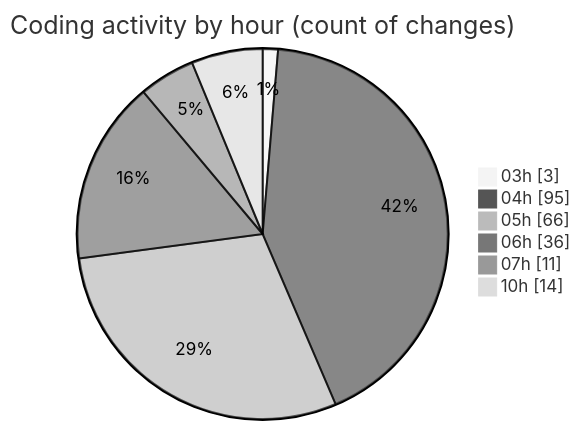
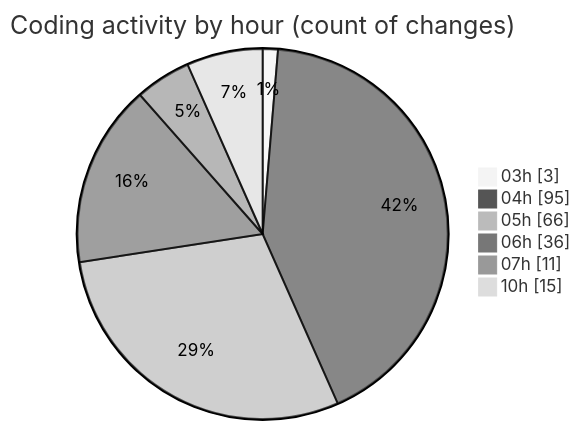
One commit to ernivani/code-tracking changed the second of 2 diagrams in 2025-01-03/tinycms/README.md. Above: the diagram before and after it, drawn with Mermaid (neutral theme). The commit also changed other lines of this file and 5 other files, not shown here.

````diff
--- a/2025-01-03/tinycms/README.md
+++ b/2025-01-03/tinycms/README.md
@@ -74,10 +74,10 @@
 ```mermaid
 pie showData
 title Coding activity by hour (count of changes)
 "03h" : 3
 "04h" : 95
 "05h" : 66
 "06h" : 36
 "07h" : 11
-"10h" : 14
+"10h" : 15
 ```
````
